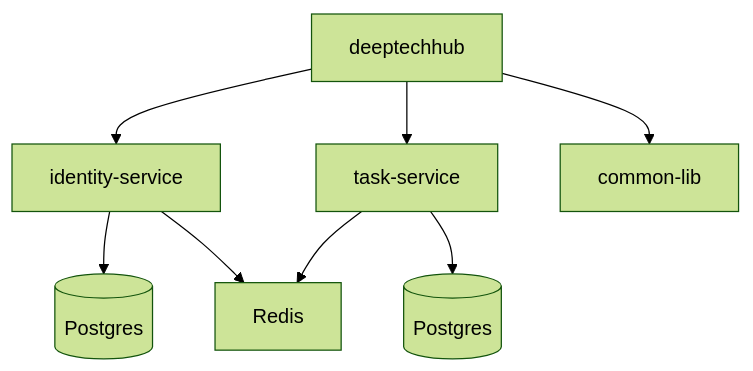
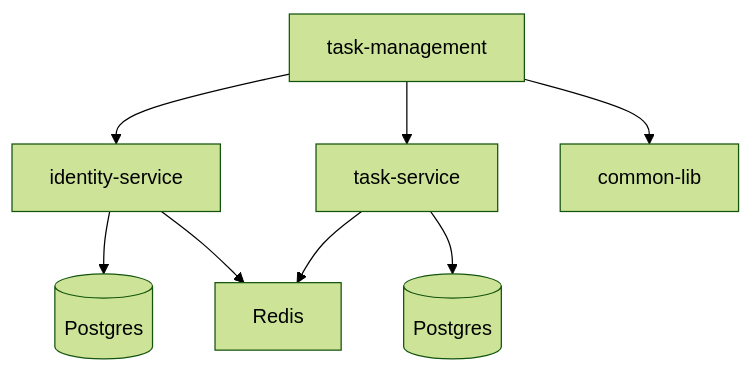
One commit to deepak1410/task-management changed the diagram in README.md. Above: the diagram before and after it, drawn with Mermaid (forest theme). The commit also changed 1 other file, not shown here.

Commit message:
Add integration test for correlationId

````diff
--- a/README.md
+++ b/README.md
@@ -2,9 +2,9 @@
 ```mermaid
 graph TD
-    A[deeptechhub] --> B[identity-service]
+    A[task-management] --> B[identity-service]
     A --> C[task-service]
     A --> D[common-lib]
     B --> E[(Postgres)]
     C --> F[(Postgres)]
     B & C --> G[Redis]
 ```
````
